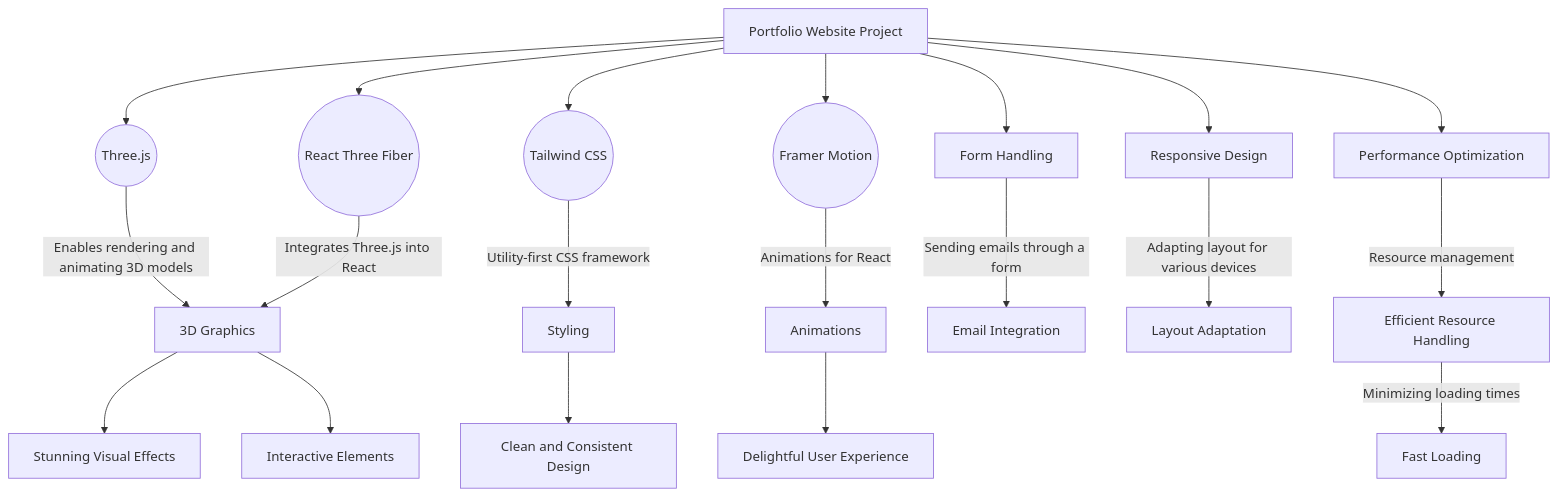
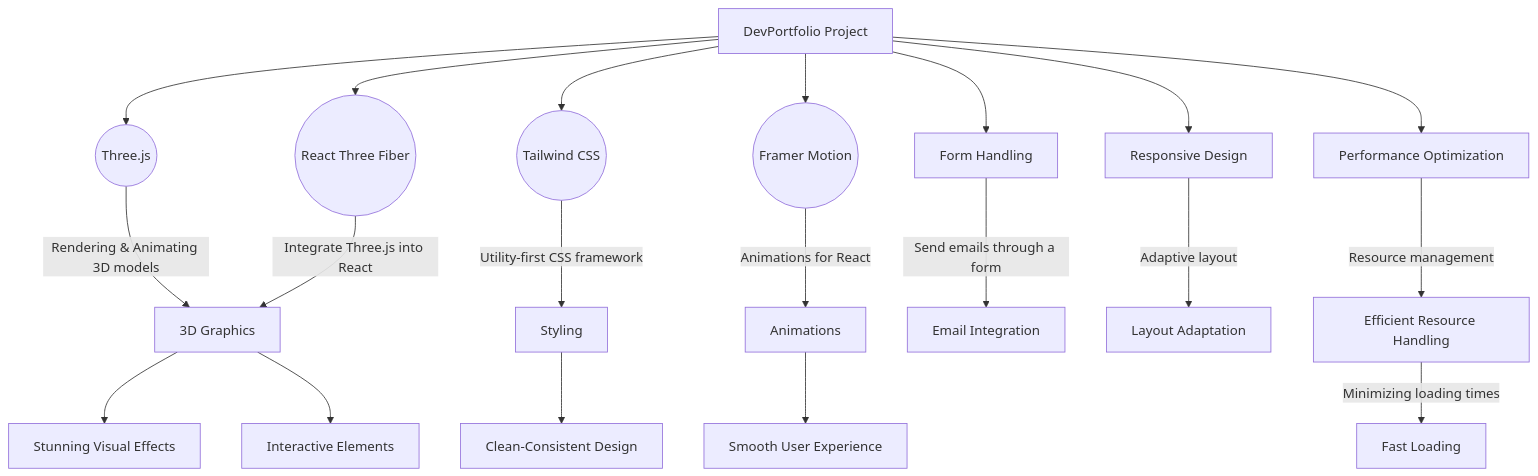
The diagram in README.md (DHatchie/DevPortfolio), drawn with Mermaid before and after one commit.

Commit message:
Mermaid update

````diff
--- a/README.md
+++ b/README.md
@@ -5,22 +5,22 @@
 ```mermaid
 graph TD
-    A[Portfolio Website Project] --> B((Three.js))
+    A[DevPortfolio Project] --> B((Three.js))
     A --> C((React Three Fiber))
     A --> D((Tailwind CSS))
     A --> E((Framer Motion))
-    B -->|Enables rendering and animating 3D models| F[3D Graphics]
-    C -->|Integrates Three.js into React| F[3D Graphics]
+    B -->|Rendering & Animating 3D models| F[3D Graphics]
+    C -->|Integrate Three.js into React| F[3D Graphics]
     D -->|Utility-first CSS framework| G[Styling]
     E -->|Animations for React| H[Animations]
     F --> I[Stunning Visual Effects]
     F --> J[Interactive Elements]
-    G --> K[Clean and Consistent Design]
-    H --> L[Delightful User Experience]
+    G --> K[Clean-Consistent Design]
+    H --> L[Smooth User Experience]
     A --> M[Form Handling]
-    M -->|Sending emails through a form| N[Email Integration]
+    M -->|Send emails through a form| N[Email Integration]
     A --> O[Responsive Design]
-    O -->|Adapting layout for various devices| P[Layout Adaptation]
+    O -->|Adaptive layout| P[Layout Adaptation]
     A --> Q[Performance Optimization]
     Q -->|Resource management| R[Efficient Resource Handling]
     R -->|Minimizing loading times| S[Fast Loading]
 ```
````
